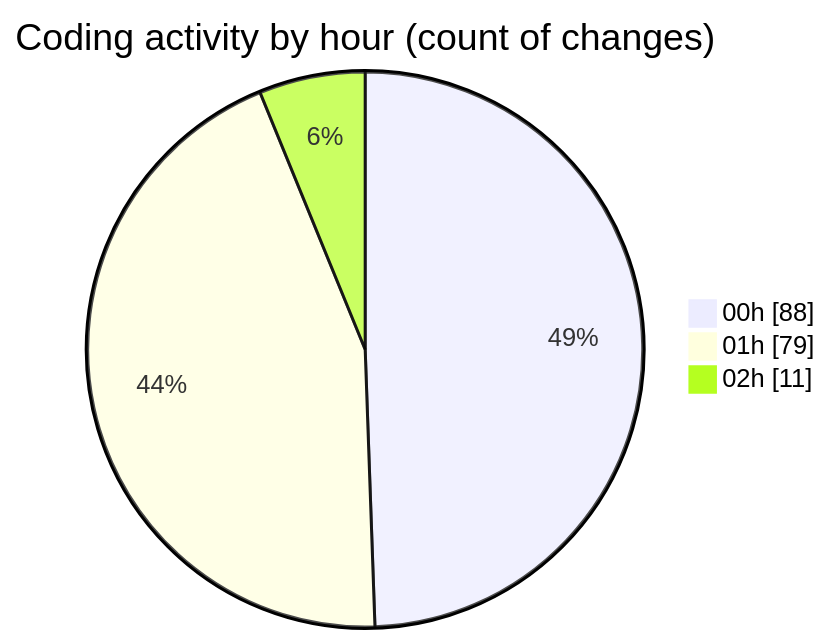
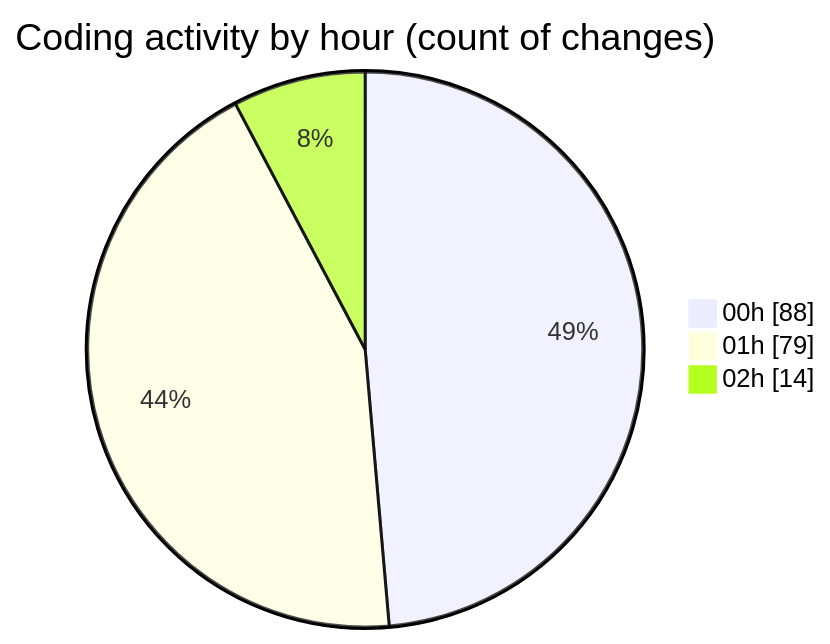
One commit to lephambinh05/code-tracking changed the second of 2 diagrams in 2025-08-16/rentotp/README.md. Above: the diagram before and after it, drawn with Mermaid. The commit also changed other lines of this file and 1 other file, not shown here.

````diff
--- a/2025-08-16/rentotp/README.md
+++ b/2025-08-16/rentotp/README.md
@@ -48,7 +48,7 @@
 ```mermaid
 pie showData
 title Coding activity by hour (count of changes)
 "00h" : 88
 "01h" : 79
-"02h" : 11
+"02h" : 14
 ```
````
